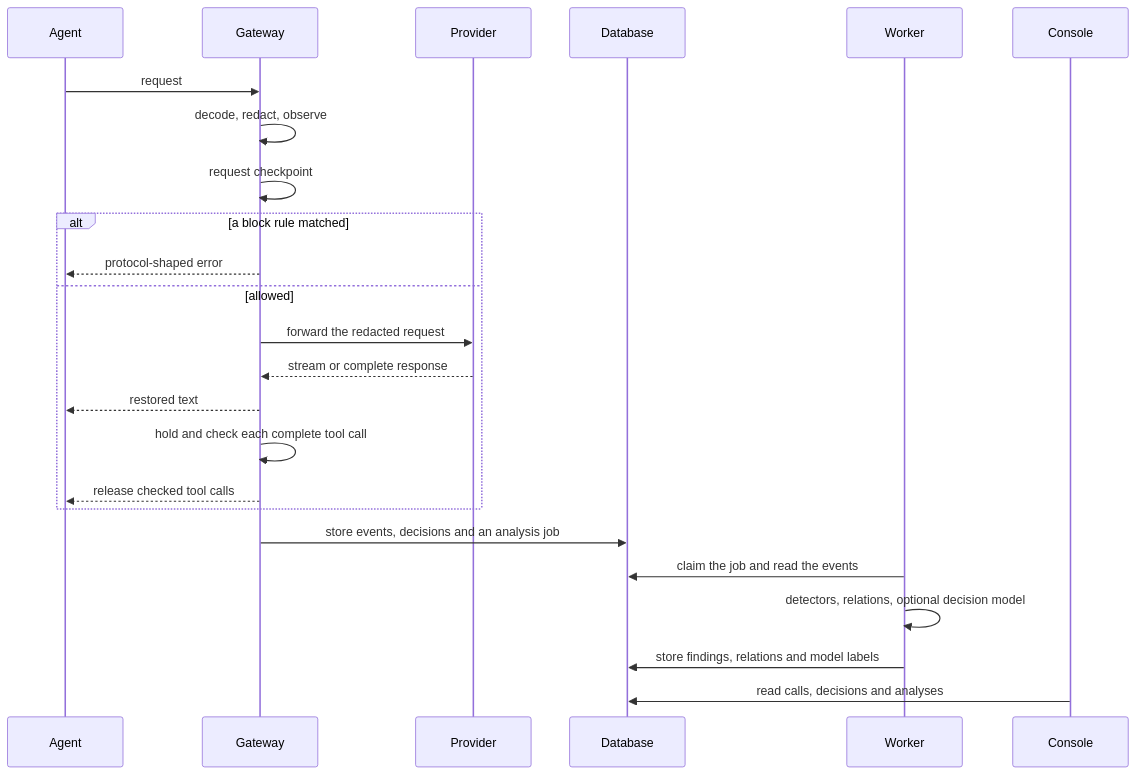
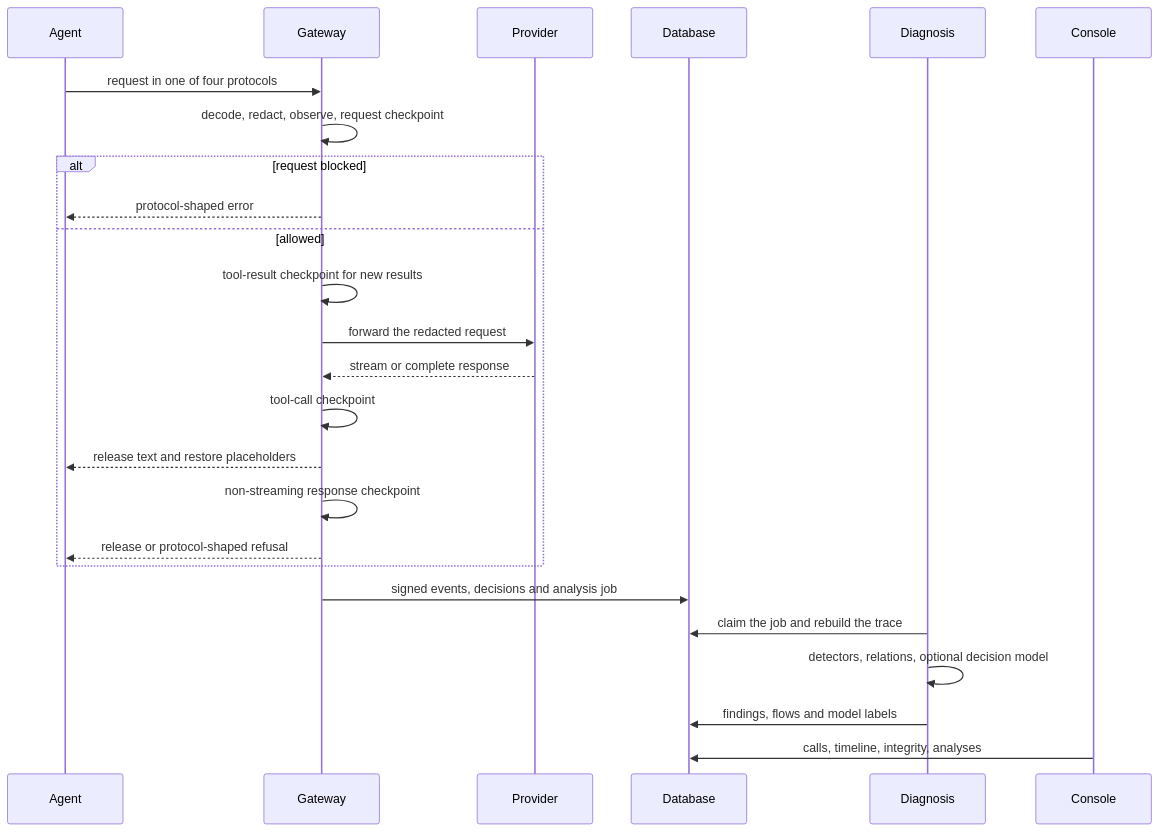
The second of 2 diagrams in docs/human/architecture.md (yv1ing/SafeAgent), drawn with Mermaid before and after one commit. The commit also changed other lines of this file and 344 other files, not shown here.

Commit message:
refactor: rebuild the gateway on providers, streams and signed audit

````diff
--- a/docs/human/architecture.md
+++ b/docs/human/architecture.md
@@ -15,27 +52,28 @@
 ```mermaid
 sequenceDiagram
     participant Agent
     participant Gateway
     participant Provider
     participant Database
-    participant Worker
+    participant Diagnosis
     participant Console
 
-    Agent->>Gateway: request
-    Gateway->>Gateway: decode, redact, observe
-    Gateway->>Gateway: request checkpoint
-    alt a block rule matched
+    Agent->>Gateway: request in one of four protocols
+    Gateway->>Gateway: decode, redact, observe, request checkpoint
+    alt request blocked
         Gateway-->>Agent: protocol-shaped error
     else allowed
+        Gateway->>Gateway: tool-result checkpoint for new results
         Gateway->>Provider: forward the redacted request
         Provider-->>Gateway: stream or complete response
-        Gateway-->>Agent: restored text
-        Gateway->>Gateway: hold and check each complete tool call
-        Gateway-->>Agent: release checked tool calls
+        Gateway->>Gateway: tool-call checkpoint
+        Gateway-->>Agent: release text and restore placeholders
+        Gateway->>Gateway: non-streaming response checkpoint
+        Gateway-->>Agent: release or protocol-shaped refusal
     end
-    Gateway->>Database: store events, decisions and an analysis job
-    Worker->>Database: claim the job and read the events
-    Worker->>Worker: detectors, relations, optional decision model
-    Worker->>Database: store findings, relations and model labels
-    Console->>Database: read calls, decisions and analyses
+    Gateway->>Database: signed events, decisions and analysis job
+    Diagnosis->>Database: claim the job and rebuild the trace
+    Diagnosis->>Diagnosis: detectors, relations, optional decision model
+    Diagnosis->>Database: findings, flows and model labels
+    Console->>Database: calls, timeline, integrity, analyses
 ```
````
